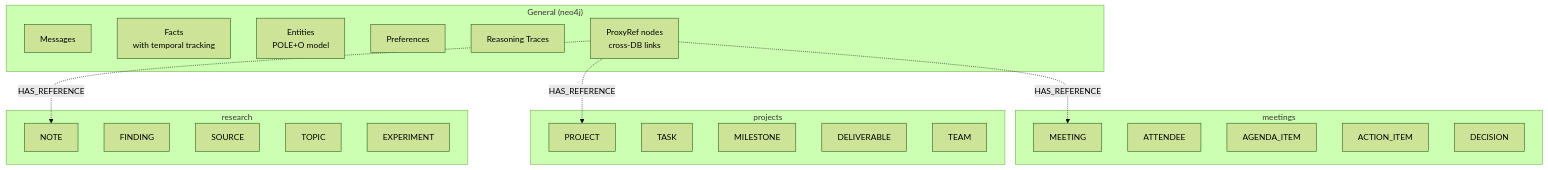
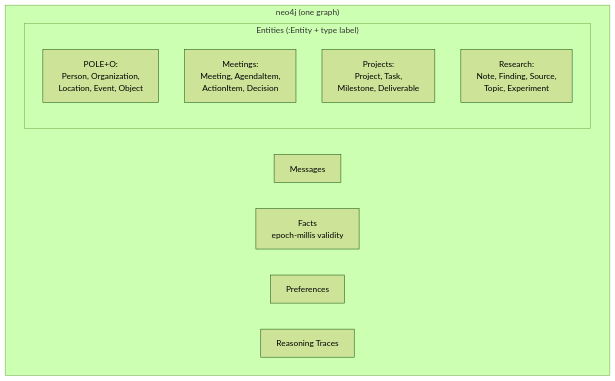
The fifth of 7 diagrams in README.md (MuddyBootsCode/neo4j-agent-memory-mcp), drawn with Mermaid (forest theme) before and after one commit. The commit also changed other lines of this file and 2 other files, not shown here.

First line of the commit message:
docs: rewrite README for single-graph architecture; note upgrade status

````diff
--- a/README.md
+++ b/README.md
@@ -265,37 +224,15 @@
 ```mermaid
 graph TB
-    subgraph "General (neo4j)"
+    subgraph "neo4j (one graph)"
         MSG[Messages]
-        FACT[Facts<br/>with temporal tracking]
-        ENT[Entities<br/>POLE+O model]
+        FACT[Facts<br/>epoch-millis validity]
         PREF[Preferences]
         TRACE[Reasoning Traces]
-        PROXY[ProxyRef nodes<br/>cross-DB links]
+        subgraph "Entities (:Entity + type label)"
+            CORE[POLE+O:<br/>Person, Organization,<br/>Location, Event, Object]
+            MEET[Meetings:<br/>Meeting, AgendaItem,<br/>ActionItem, Decision]
+            PROJ[Projects:<br/>Project, Task,<br/>Milestone, Deliverable]
+            RES[Research:<br/>Note, Finding, Source,<br/>Topic, Experiment]
+        end
     end
-
-    subgraph "meetings"
-        MT[MEETING]
-        AT[ATTENDEE]
-        AI[AGENDA_ITEM]
-        ACT[ACTION_ITEM]
-        DEC[DECISION]
-    end
-
-    subgraph "projects"
-        PR[PROJECT]
-        TK[TASK]
-        MS[MILESTONE]
-        DL[DELIVERABLE]
-        TM[TEAM]
-    end
-
-    subgraph "research"
-        NT[NOTE]
-        FN[FINDING]
-        SR[SOURCE]
-        TP[TOPIC]
-        EX[EXPERIMENT]
-    end
-
-    PROXY -.->|HAS_REFERENCE| MT & PR & NT
 ```
````
